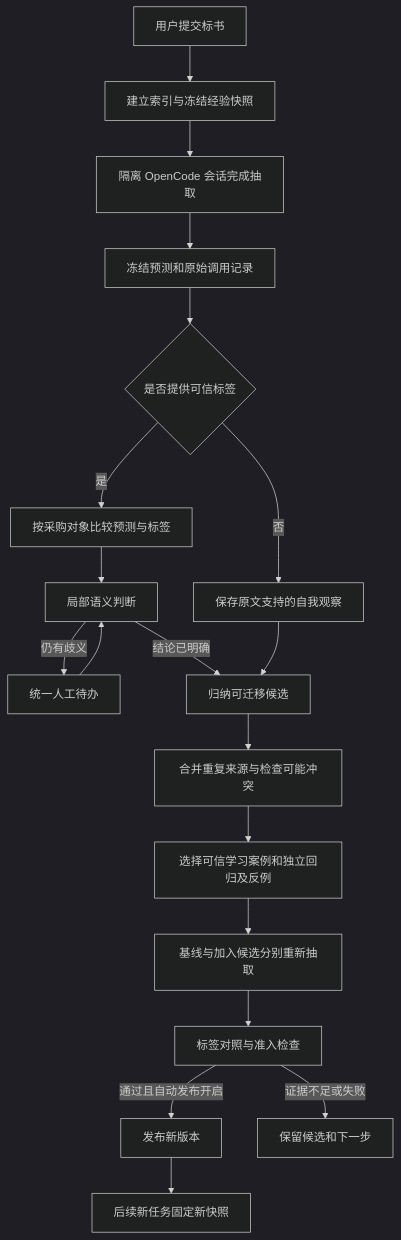
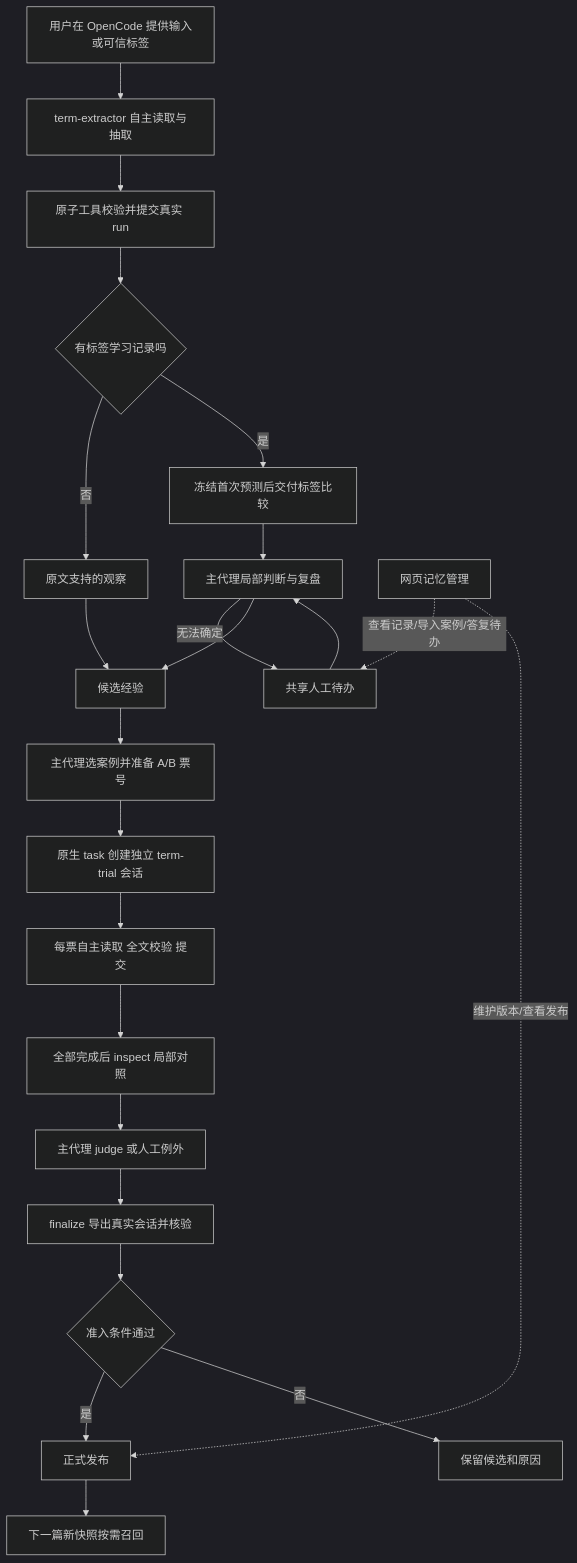
One commit to zza1211/extract_skill_1015 changed the diagram in docs/learning-evolution.md. Above: the diagram before and after it, drawn with Mermaid (dark theme). The commit also changed other lines of this file and 35 other files, not shown here.

Commit message:
Unify extraction and learning under OpenCode agent orchestration

````diff
--- a/docs/learning-evolution.md
+++ b/docs/learning-evolution.md
@@ -42,21 +41,25 @@
 ```mermaid
 flowchart TD
-    A[用户提交标书] --> B[建立索引与冻结经验快照]
-    B --> C[隔离 OpenCode 会话完成抽取]
-    C --> D[冻结预测和原始调用记录]
-    D --> E{是否提供可信标签}
-    E -->|否| F[保存原文支持的自我观察]
-    E -->|是| G[按采购对象比较预测与标签]
-    G --> H[局部语义判断]
-    H -->|仍有歧义| I[统一人工待办]
-    I --> H
-    H -->|结论已明确| J[归纳可迁移候选]
-    F --> J
-    J --> K[合并重复来源与检查可能冲突]
-    K --> L[选择可信学习案例和独立回归及反例]
-    L --> M[基线与加入候选分别重新抽取]
-    M --> N[标签对照与准入检查]
-    N -->|通过且自动发布开启| O[发布新版本]
-    N -->|证据不足或失败| P[保留候选和下一步]
-    O --> Q[后续新任务固定新快照]
+    A[用户在 OpenCode 提供输入或可信标签] --> B[term-extractor 自主读取与抽取]
+    B --> C[原子工具校验并提交真实 run]
+    C --> D{有标签学习记录吗}
+    D -->|否| E[原文支持的观察]
+    D -->|是| F[冻结首次预测后交付标签比较]
+    F --> G[主代理局部判断与复盘]
+    G -->|无法确定| H[共享人工待办]
+    H --> G
+    E --> I[候选经验]
+    G --> I
+    I --> J[主代理选案例并准备 A/B 票号]
+    J --> K[原生 task 创建独立 term-trial 会话]
+    K --> L[每票自主读取 全文校验 提交]
+    L --> M[全部完成后 inspect 局部对照]
+    M --> N[主代理 judge 或人工例外]
+    N --> O[finalize 导出真实会话并核验]
+    O --> P{准入条件通过}
+    P -->|是| Q[正式发布]
+    P -->|否| R[保留候选和原因]
+    Q --> S[下一篇新快照按需召回]
+    W[网页记忆管理] -.查看记录/导入案例/答复待办.-> H
+    W -.维护版本/查看发布.-> Q
 ```
````
